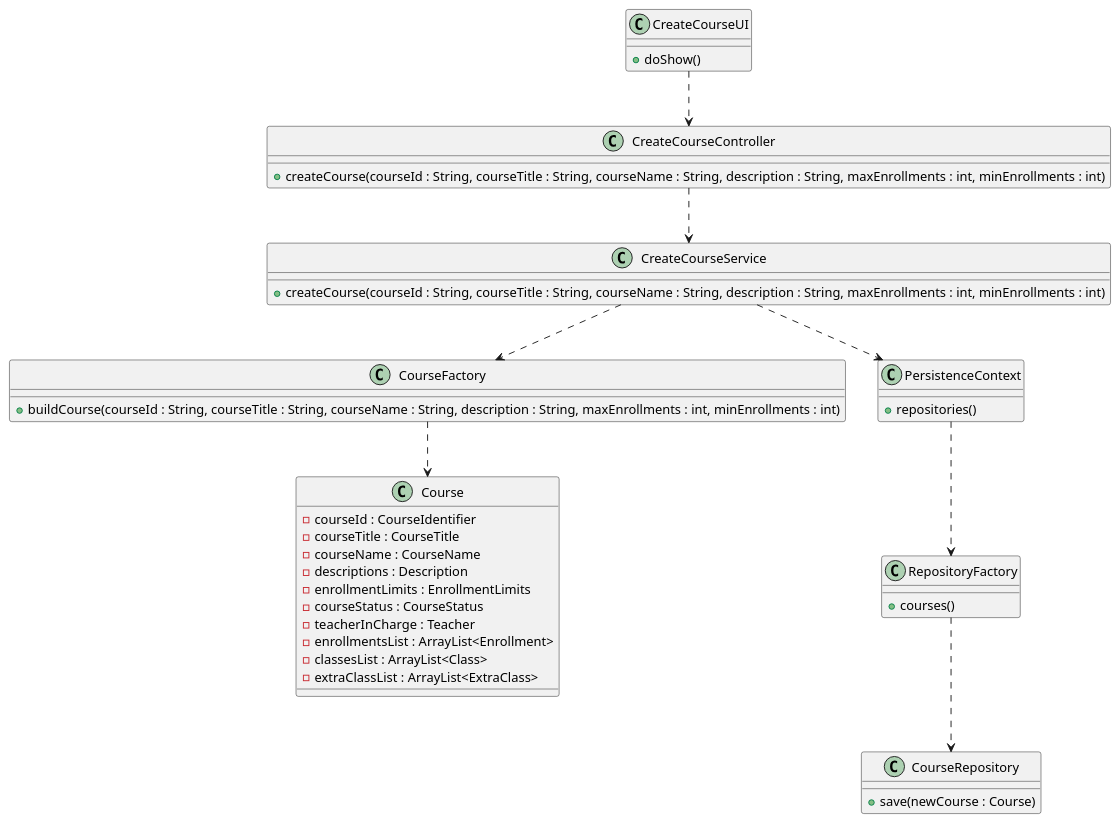
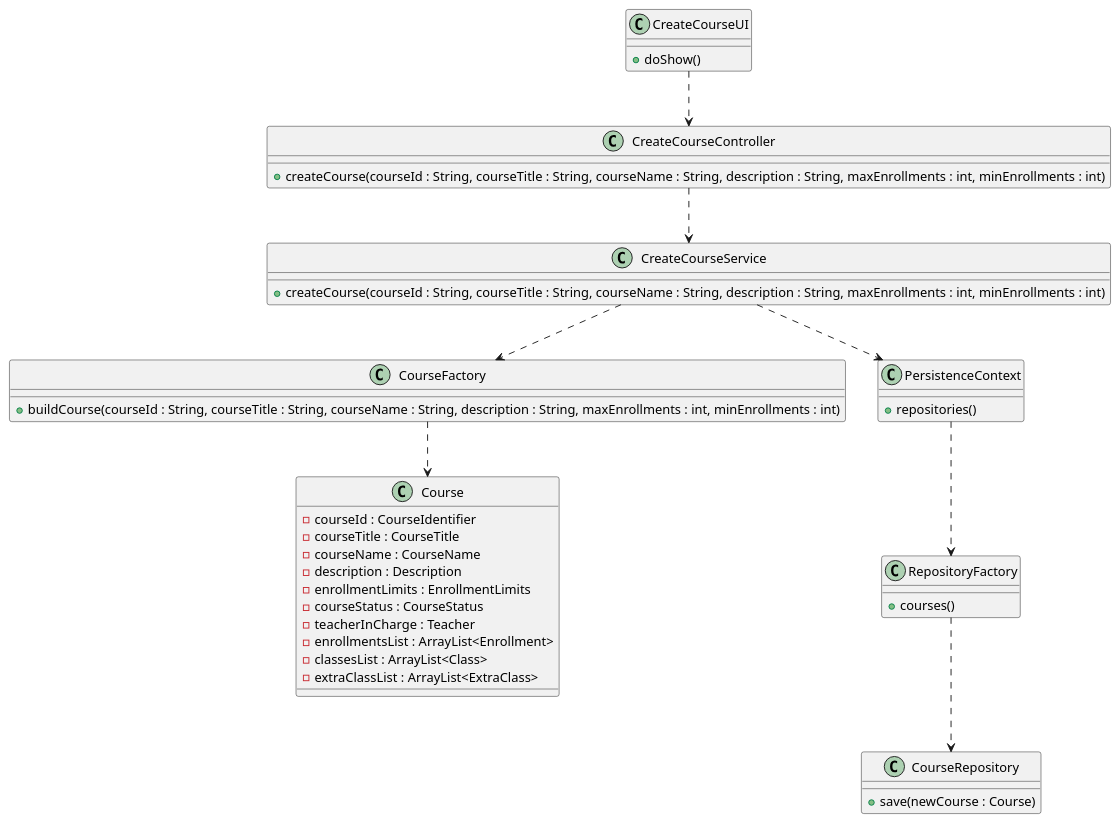
Before and after one commit to Marco-Nobrega-Andrade/sem4pi_22_23: the diagram in docs/Sprint_B/us_1002/US_1002_CD.puml, drawn with PlantUML. The commit also changed 1 other file, not shown here.

Commit message:
[US_1002][Design] Correction of typo in word description in CD

```diff
--- a/docs/Sprint_B/us_1002/US_1002_CD.puml
+++ b/docs/Sprint_B/us_1002/US_1002_CD.puml
@@ -1,45 +1,45 @@
 @startuml
 
 class CreateCourseUI{
 + doShow()
 }
 class CreateCourseController{
 + createCourse(courseId : String, courseTitle : String, courseName : String, description : String, maxEnrollments : int, minEnrollments : int)
 }
 class CreateCourseService{
 + createCourse(courseId : String, courseTitle : String, courseName : String, description : String, maxEnrollments : int, minEnrollments : int)
 }
 class CourseFactory{
 + buildCourse(courseId : String, courseTitle : String, courseName : String, description : String, maxEnrollments : int, minEnrollments : int)
 }
 class Course{
 - courseId : CourseIdentifier
 - courseTitle : CourseTitle
 - courseName : CourseName
-- descriptions : Description
+- description : Description
 - enrollmentLimits : EnrollmentLimits
 - courseStatus : CourseStatus
 - teacherInCharge : Teacher
 - enrollmentsList : ArrayList<Enrollment>
 - classesList : ArrayList<Class>
 - extraClassList : ArrayList<ExtraClass>
 }
 class RepositoryFactory{
 + courses()
 }
 class CourseRepository{
 + save(newCourse : Course)
 }
 class PersistenceContext{
 + repositories()
 }
 
 
 CreateCourseUI ..> CreateCourseController
 CreateCourseController ..> CreateCourseService
 CreateCourseService ..> PersistenceContext
 CreateCourseService ..> CourseFactory
 CourseFactory ..> Course
 PersistenceContext ..> RepositoryFactory
 RepositoryFactory ..> CourseRepository
 @enduml
```
